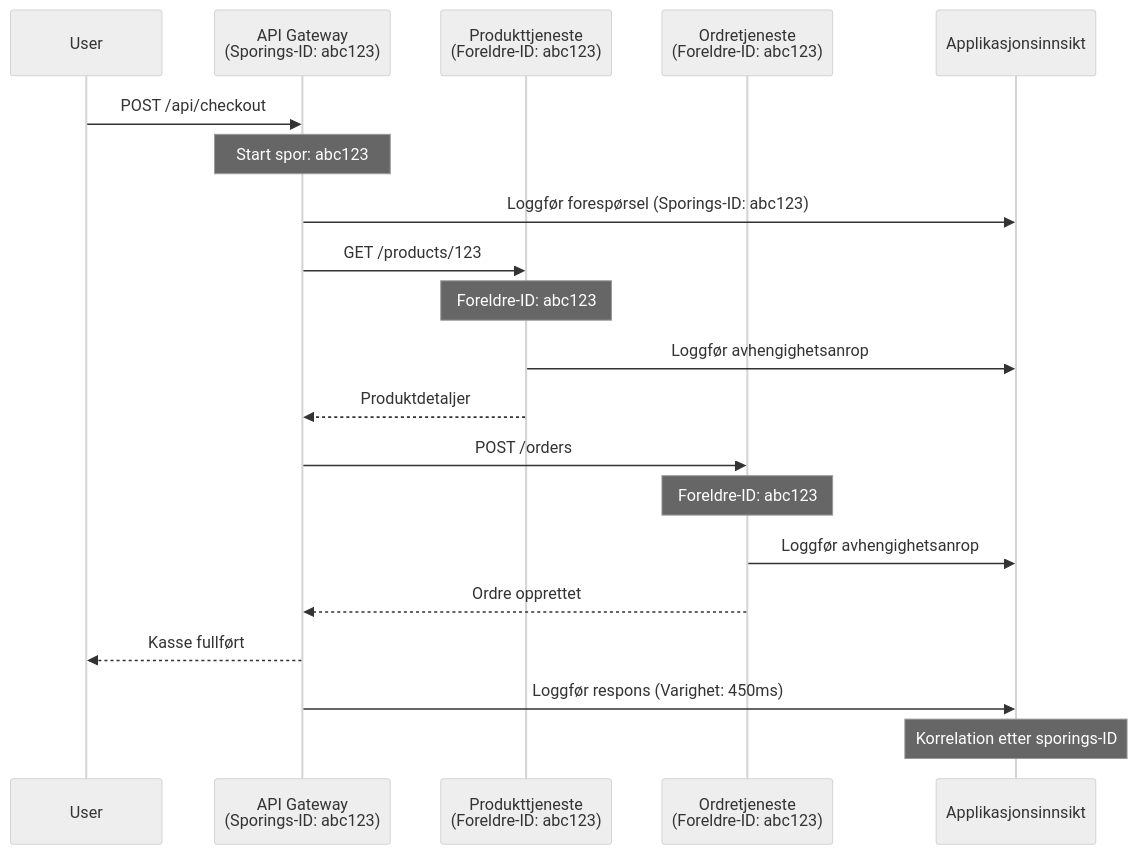
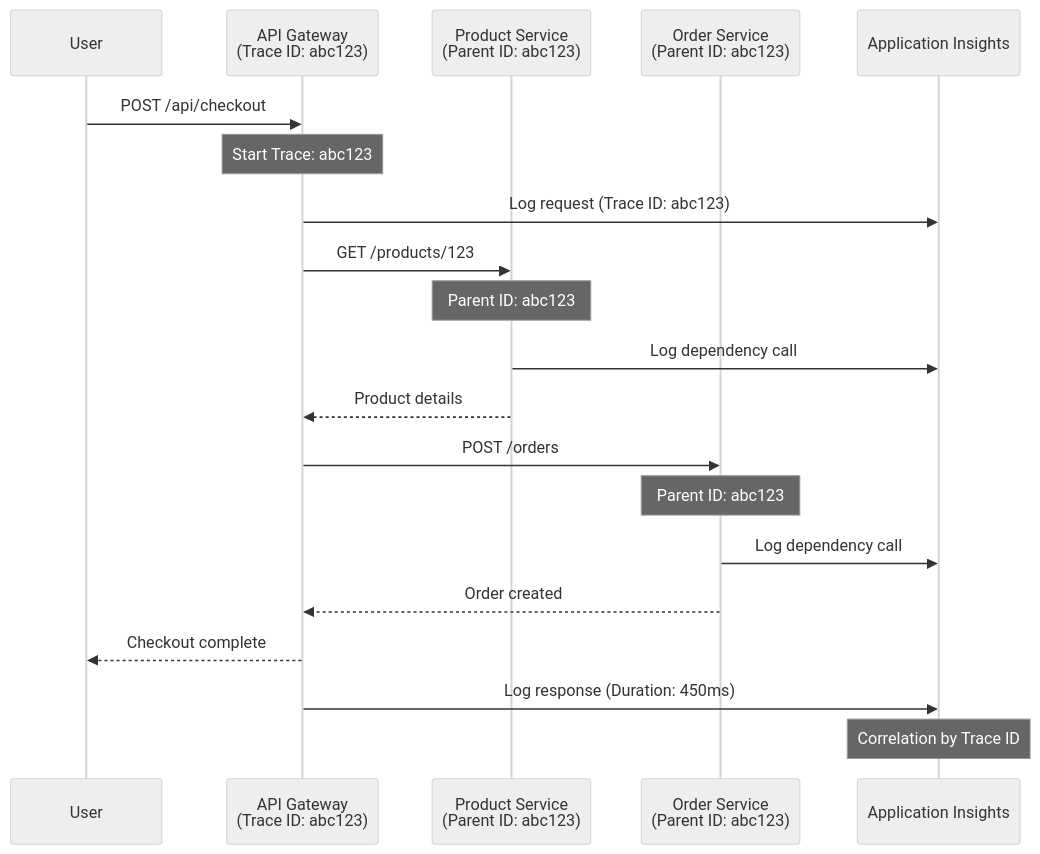
Before and after one commit to microsoft/AZD-for-beginners: the second of 2 diagrams in translations/no/docs/chapter-06-pre-deployment/application-insights.md, drawn with Mermaid (neutral theme). The commit also changed other lines of this file and 153 other files, not shown here.

````diff
--- a/translations/no/docs/chapter-06-pre-deployment/application-insights.md
+++ b/translations/no/docs/chapter-06-pre-deployment/application-insights.md
@@ -744,27 +714,27 @@
 ```mermaid
 sequenceDiagram
     participant User
-    participant Gateway as API Gateway<br/>(Sporings-ID: abc123)
-    participant Product as Produkttjeneste<br/>(Foreldre-ID: abc123)
-    participant Order as Ordretjeneste<br/>(Foreldre-ID: abc123)
-    participant AppInsights as Applikasjonsinnsikt
+    participant Gateway as API Gateway<br/>(Trace ID: abc123)
+    participant Product as Product Service<br/>(Parent ID: abc123)
+    participant Order as Order Service<br/>(Parent ID: abc123)
+    participant AppInsights as Application Insights
     
     User->>Gateway: POST /api/checkout
-    Note over Gateway: Start spor: abc123
-    Gateway->>AppInsights: Loggfør forespørsel (Sporings-ID: abc123)
+    Note over Gateway: Start Trace: abc123
+    Gateway->>AppInsights: Log request (Trace ID: abc123)
     
     Gateway->>Product: GET /products/123
-    Note over Product: Foreldre-ID: abc123
-    Product->>AppInsights: Loggfør avhengighetsanrop
-    Product-->>Gateway: Produktdetaljer
+    Note over Product: Parent ID: abc123
+    Product->>AppInsights: Log dependency call
+    Product-->>Gateway: Product details
     
     Gateway->>Order: POST /orders
-    Note over Order: Foreldre-ID: abc123
-    Order->>AppInsights: Loggfør avhengighetsanrop
-    Order-->>Gateway: Ordre opprettet
+    Note over Order: Parent ID: abc123
+    Order->>AppInsights: Log dependency call
+    Order-->>Gateway: Order created
     
-    Gateway-->>User: Kasse fullført
-    Gateway->>AppInsights: Loggfør respons (Varighet: 450ms)
+    Gateway-->>User: Checkout complete
+    Gateway->>AppInsights: Log response (Duration: 450ms)
     
-    Note over AppInsights: Korrelation etter sporings-ID
+    Note over AppInsights: Correlation by Trace ID
 ```
````
